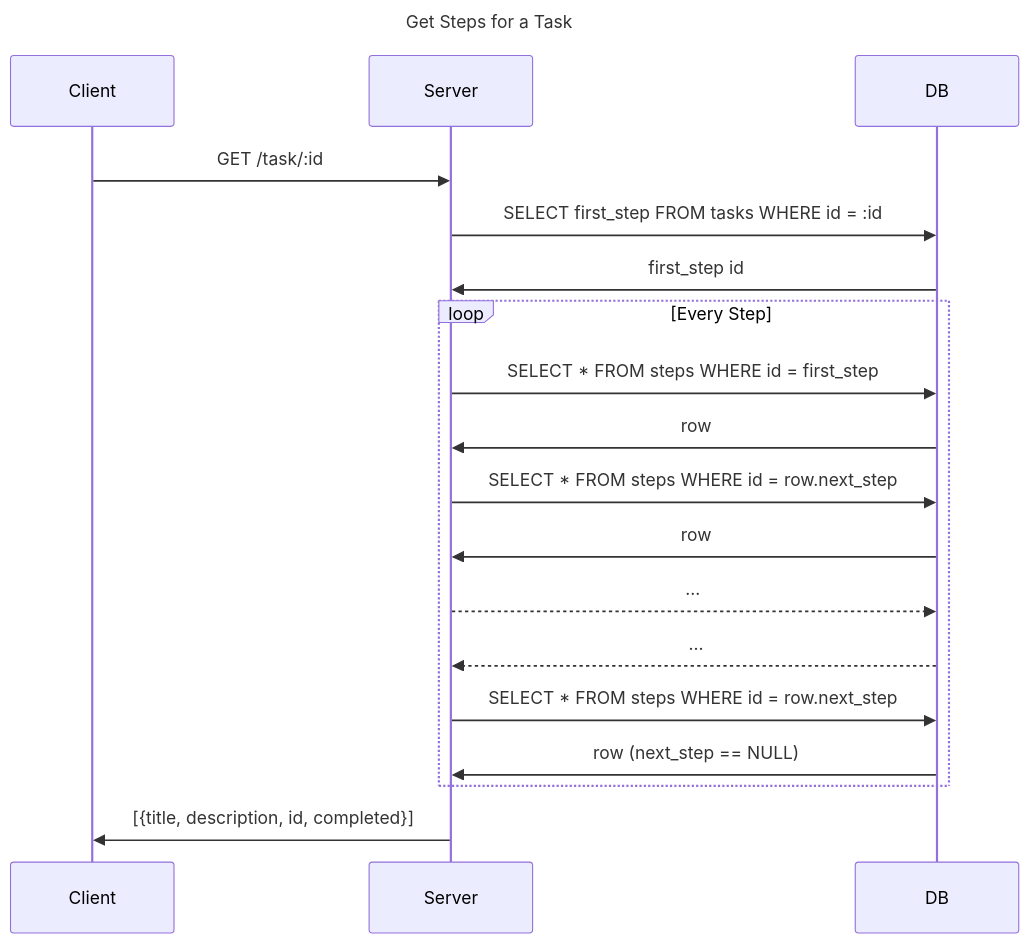
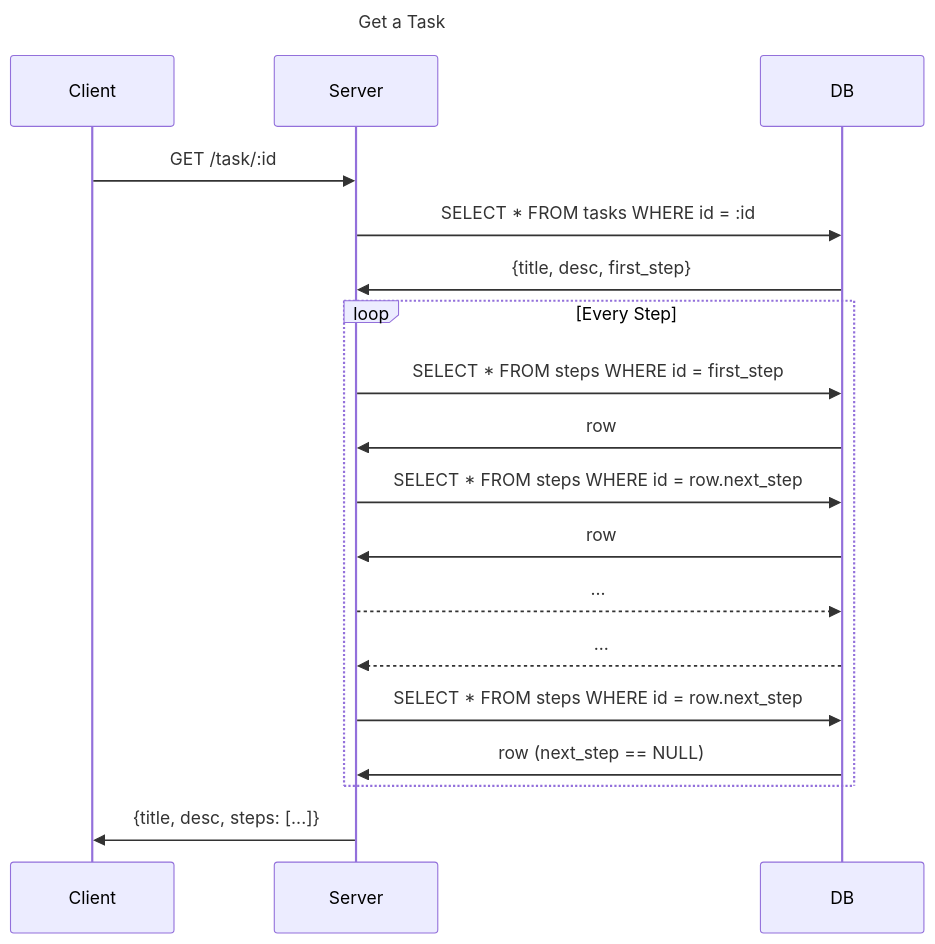
One commit to athanclark/client-server-express changed the third of 5 diagrams in README.md. Above: the diagram before and after it, drawn with Mermaid. The commit also changed other lines of this file and 3 other files, not shown here.

````diff
--- a/README.md
+++ b/README.md
@@ -97,20 +97,20 @@
 ```mermaid
 ---
-title: Get Steps for a Task
+title: Get a Task
 ---
 sequenceDiagram
     Client->>Server: GET /task/:id
-    Server->>DB: SELECT first_step FROM tasks WHERE id = :id
-    DB->>Server: first_step id
+    Server->>DB: SELECT * FROM tasks WHERE id = :id
+    DB->>Server: {title, desc, first_step}
     loop Every Step
       Server->>DB: SELECT * FROM steps WHERE id = first_step
       DB->>Server: row
       Server->>DB: SELECT * FROM steps WHERE id = row.next_step
       DB->>Server: row
       Server-->>DB: ...
       DB-->>Server: ...
       Server->>DB: SELECT * FROM steps WHERE id = row.next_step
       DB->>Server: row (next_step == NULL)
     end
-    Server->>Client: [{title, description, id, completed}]
+    Server->>Client: {title, desc, steps: [...]}
 ```
````
